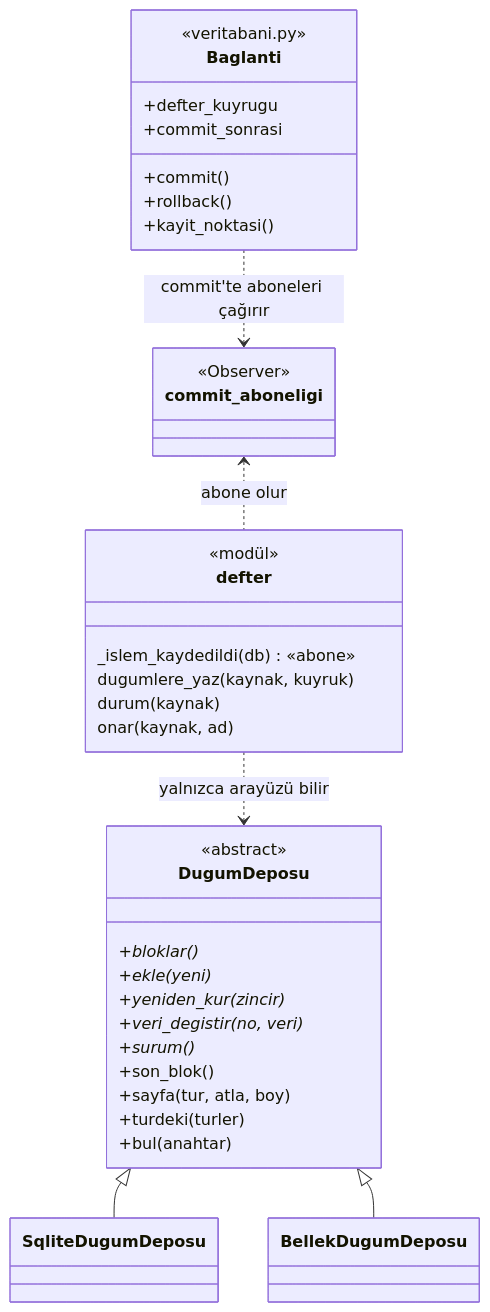
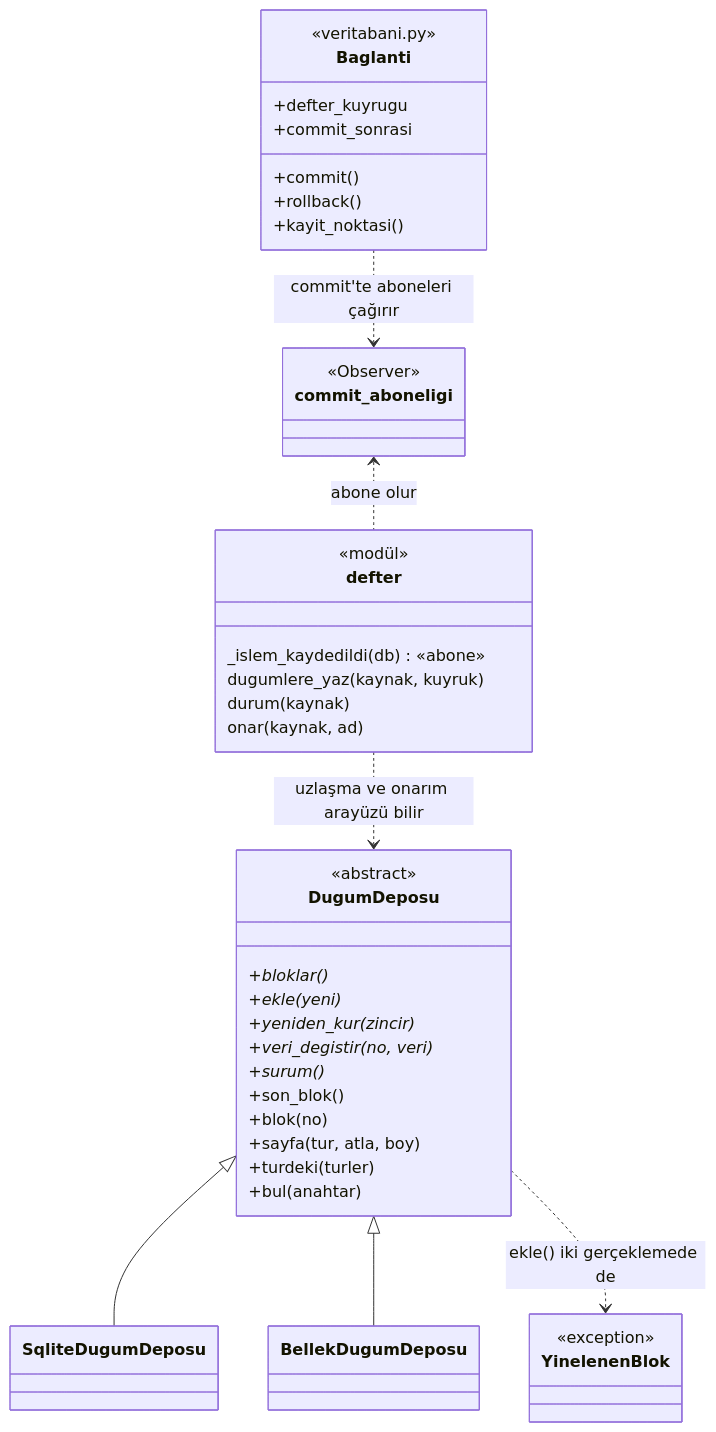
One commit to Baki-B/YZM327-Odevler changed diagram 11 of 14 in docs/tasarim.md. Above: the diagram before and after it, drawn with Mermaid. The commit also changed other lines of this file and 4 other files, not shown here.

First line of the commit message:
Liskov: iki defter deposu yinelenen blokta aynı hatayı verir; Pages kabuğu güvenli alan boşluklarını çerçeveye aktarır; diyagramlar

````diff
--- a/docs/tasarim.md
+++ b/docs/tasarim.md
@@ -393,37 +399,42 @@
 ```mermaid
 classDiagram
   class Baglanti {
     <<veritabani.py>>
     +defter_kuyrugu
     +commit_sonrasi
     +commit()
     +rollback()
     +kayit_noktasi()
   }
   class commit_aboneligi
   <<Observer>> commit_aboneligi
   Baglanti ..> commit_aboneligi : commit'te aboneleri çağırır
   class defter {
     <<modül>>
     _islem_kaydedildi(db) «abone»
     dugumlere_yaz(kaynak, kuyruk)
     durum(kaynak)
     onar(kaynak, ad)
   }
   commit_aboneligi <.. defter : abone olur
   class DugumDeposu {
     <<abstract>>
     +bloklar()*
     +ekle(yeni)*
     +yeniden_kur(zincir)*
     +veri_degistir(no, veri)*
     +surum()*
     +son_blok()
+    +blok(no)
     +sayfa(tur, atla, boy)
     +turdeki(turler)
     +bul(anahtar)
   }
+  class YinelenenBlok {
+    <<exception>>
+  }
   DugumDeposu <|-- SqliteDugumDeposu
   DugumDeposu <|-- BellekDugumDeposu
-  defter ..> DugumDeposu : yalnızca arayüzü bilir
+  DugumDeposu ..> YinelenenBlok : ekle() iki gerçeklemede de
+  defter ..> DugumDeposu : uzlaşma ve onarım arayüzü bilir
 ```
````
